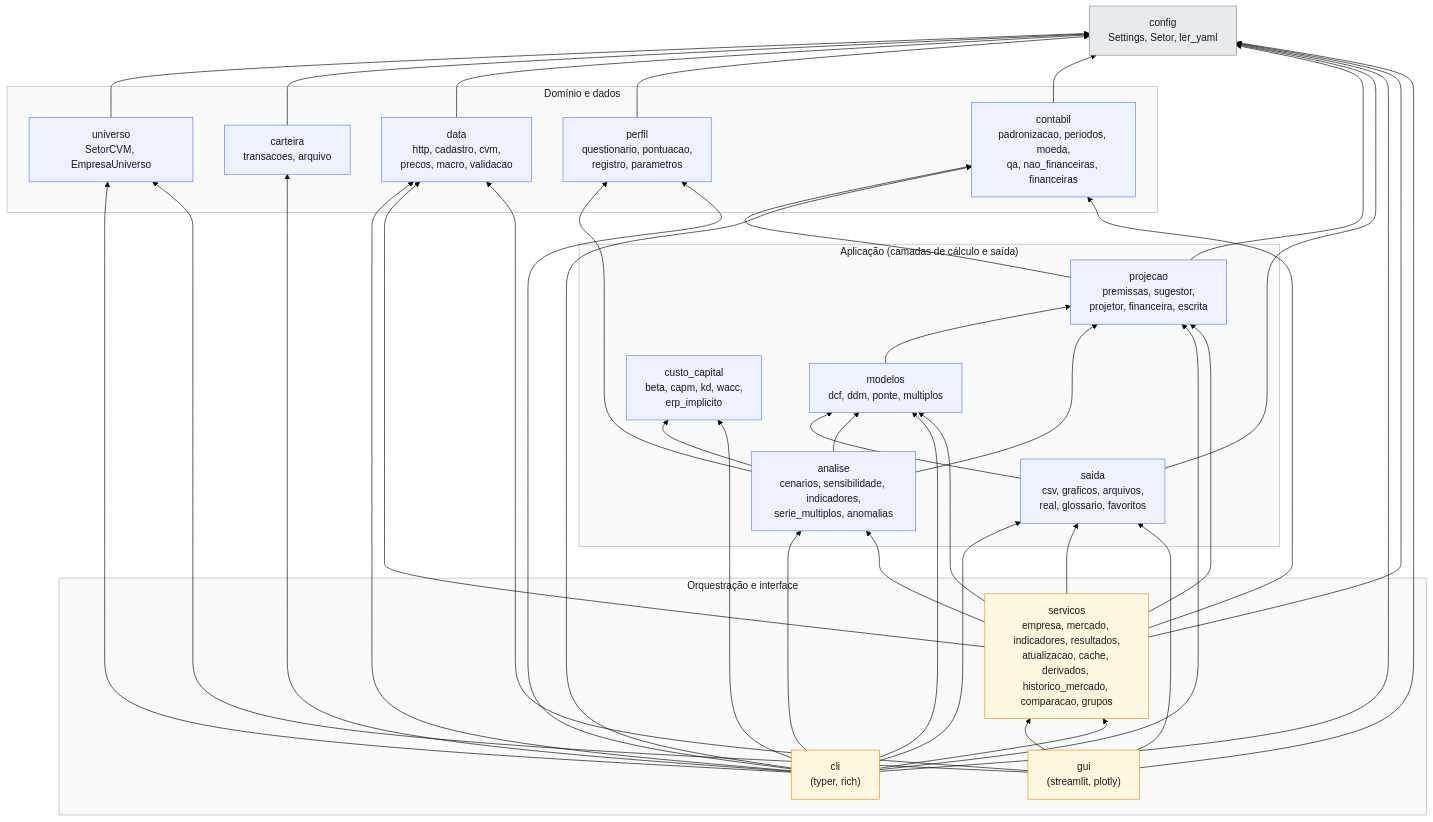
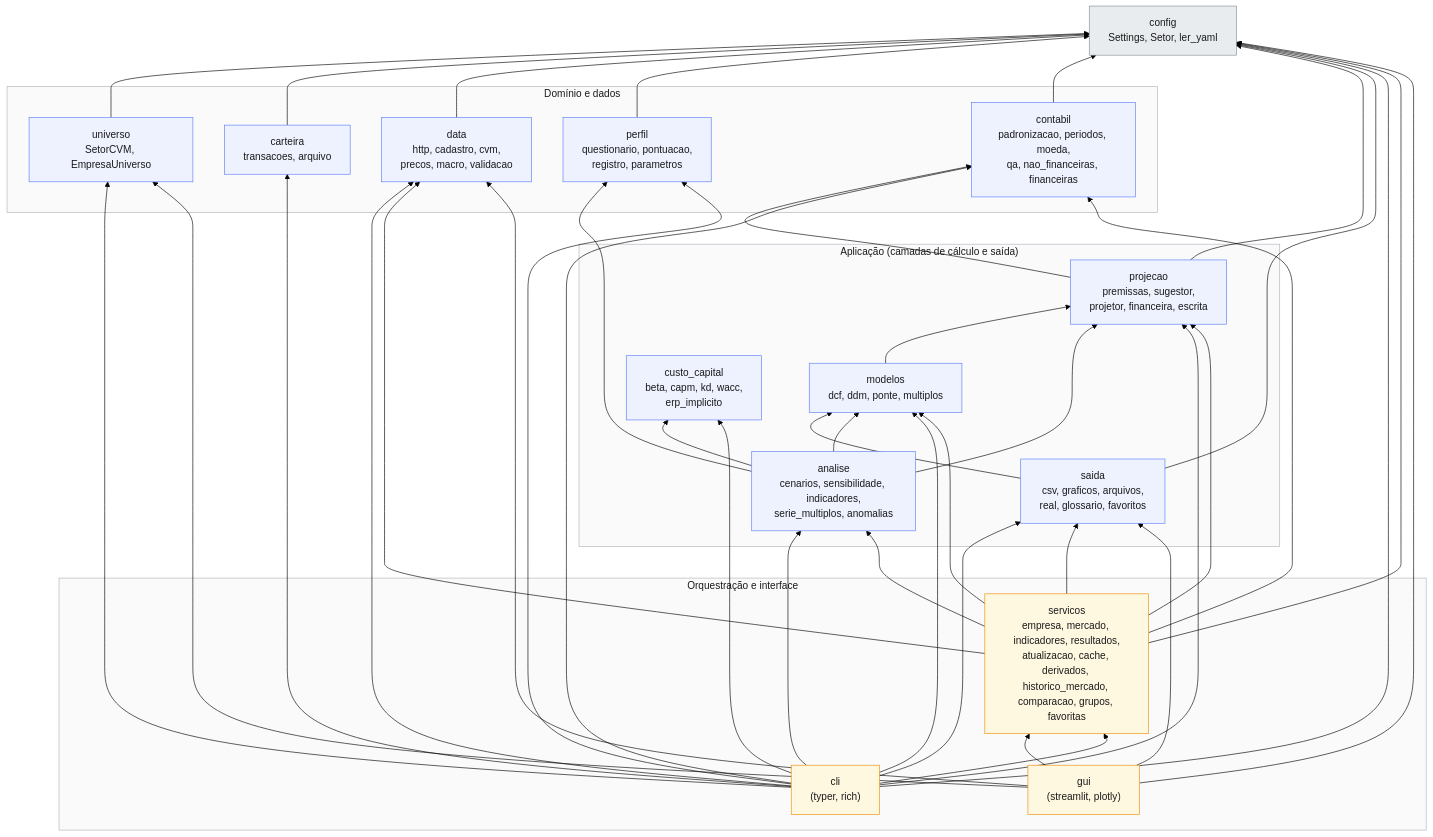
One commit to luiz2801/lastro changed the first of 3 diagrams in docs/diagrama_arquitetura.md. Above: the diagram before and after it, drawn with Mermaid (forest theme). The commit also changed 11 other files, not shown here.

````diff
--- a/docs/diagrama_arquitetura.md
+++ b/docs/diagrama_arquitetura.md
@@ -11,50 +11,50 @@
 ```mermaid
 flowchart BT
     subgraph ORQ["Orquestração e interface"]
         cli["cli<br/>(typer, rich)"]
         gui["gui<br/>(streamlit, plotly)"]
-        servicos["servicos<br/>empresa, mercado, indicadores, resultados,<br/>atualizacao, cache, derivados, historico_mercado, comparacao, grupos"]
+        servicos["servicos<br/>empresa, mercado, indicadores, resultados,<br/>atualizacao, cache, derivados, historico_mercado, comparacao, grupos, favoritas"]
     end
 
     subgraph APL["Aplicação (camadas de cálculo e saída)"]
         saida["saida<br/>csv, graficos, arquivos,<br/>real, glossario, favoritos"]
         analise["analise<br/>cenarios, sensibilidade, indicadores,<br/>serie_multiplos, anomalias"]
         modelos["modelos<br/>dcf, ddm, ponte, multiplos"]
         projecao["projecao<br/>premissas, sugestor,<br/>projetor, financeira, escrita"]
         custo["custo_capital<br/>beta, capm, kd, wacc,<br/>erp_implicito"]
     end
 
     subgraph DOM["Domínio e dados"]
         contabil["contabil<br/>padronizacao, periodos, moeda,<br/>qa, nao_financeiras, financeiras"]
         perfil["perfil<br/>questionario, pontuacao,<br/>registro, parametros"]
         data["data<br/>http, cadastro, cvm,<br/>precos, macro, validacao"]
         carteira["carteira<br/>transacoes, arquivo"]
         universo["universo<br/>SetorCVM, EmpresaUniverso"]
     end
 
     config["config<br/>Settings, Setor, ler_yaml"]
 
     cli --> servicos
     gui --> servicos & saida & data & universo & config
     servicos --> saida & analise & modelos & contabil & data & projecao & config
     cli --> saida & analise & modelos & projecao & custo & contabil & perfil & data & carteira & universo & config
     analise --> modelos & projecao & custo & perfil
     saida --> modelos & config
     modelos --> projecao
     projecao --> contabil & config
     contabil --> config
     perfil --> config
     data --> config
     carteira --> config
     universo --> config
 
     classDef pacote fill:#eef2ff,stroke:#5c7cfa,color:#1a1a1a
     classDef base fill:#e9ecef,stroke:#868e96,color:#1a1a1a
     classDef topo fill:#fff8e1,stroke:#f08c00,color:#1a1a1a
     class saida,analise,modelos,projecao,custo,contabil,perfil,data,carteira,universo pacote
     class config base
     class cli,gui,servicos topo
     style ORQ fill:#fafafa,stroke:#adb5bd,color:#1a1a1a
     style APL fill:#fafafa,stroke:#adb5bd,color:#1a1a1a
     style DOM fill:#fafafa,stroke:#adb5bd,color:#1a1a1a
 ```
````
